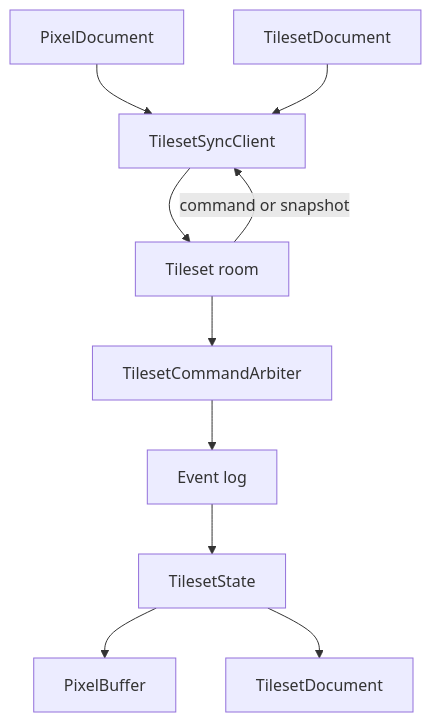
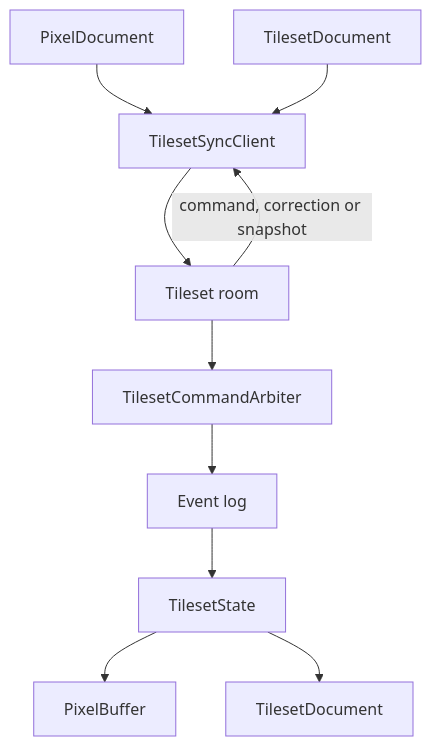
One commit to JollyPixel/editor changed the second of 4 diagrams in packages/assets/voxel-map/ARCHITECTURE.md. Above: the diagram before and after it, drawn with Mermaid. The commit also changed 55 other files, not shown here.

````diff
--- a/packages/assets/voxel-map/ARCHITECTURE.md
+++ b/packages/assets/voxel-map/ARCHITECTURE.md
@@ -17,12 +17,12 @@
 ```mermaid
 flowchart TB
     Pixels["PixelDocument"] --> TilesetSync["TilesetSyncClient"]
     Blocks["TilesetDocument"] --> TilesetSync
     TilesetSync --> TilesetRoom["Tileset room"]
     TilesetRoom --> TilesetArbiter["TilesetCommandArbiter"]
     TilesetArbiter --> TilesetLog["Event log"]
     TilesetLog --> TilesetState["TilesetState"]
     TilesetState --> Buffer["PixelBuffer"]
     TilesetState --> Definitions["TilesetDocument"]
-    TilesetRoom -->|"command or snapshot"| TilesetSync
+    TilesetRoom -->|"command, correction or snapshot"| TilesetSync
 ```
````
